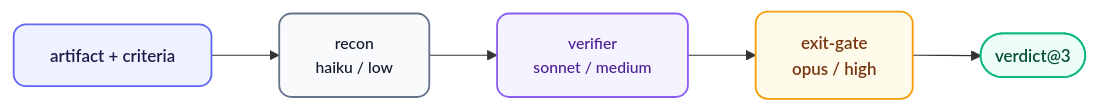
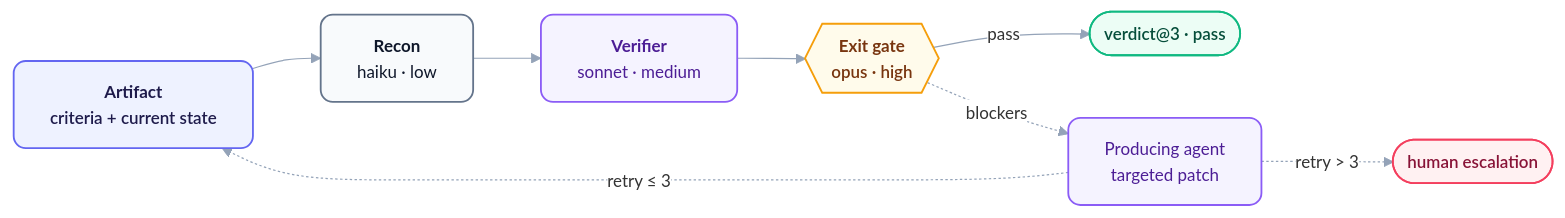
The diagram in plugins/sentinel/README.md (orin-dx/agent-plugins), drawn with Mermaid before and after one commit. The commit also changed 12 other files, not shown here.

Commit message:
docs: refresh Mermaid diagrams and visual standard

````diff
--- a/plugins/sentinel/README.md
+++ b/plugins/sentinel/README.md
@@ -50,23 +50,26 @@
 ```mermaid
-%%{init: {'flowchart': {'curve': 'basis', 'nodeSpacing': 36, 'rankSpacing': 56}}}%%
+%%{init: {'theme': 'base', 'flowchart': {'curve': 'basis', 'nodeSpacing': 40, 'rankSpacing': 56}, 'themeVariables': {'fontFamily': 'Inter, ui-sans-serif, system-ui, sans-serif', 'fontSize': '14px', 'lineColor': '#94a3b8', 'edgeLabelBackground': '#ffffff'}}}%%
 flowchart LR
-    classDef source fill:#eef2ff,stroke:#6366f1,stroke-width:1.5px,color:#1e1b4b,rx:10,ry:10,font-size:14px,font-weight:600;
-    classDef store fill:#f8fafc,stroke:#64748b,stroke-width:1.5px,color:#0f172a,rx:10,ry:10,font-size:13px,font-weight:500;
-    classDef engine fill:#f5f3ff,stroke:#8b5cf6,stroke-width:1.5px,color:#4c1d95,rx:10,ry:10,font-size:13px,font-weight:500;
-    classDef router fill:#fffbeb,stroke:#f59e0b,stroke-width:1.5px,color:#78350f,rx:10,ry:10,font-size:14px,font-weight:600;
-    classDef output fill:#ecfdf5,stroke:#10b981,stroke-width:1.5px,color:#064e3b,rx:10,ry:10,font-size:14px,font-weight:600;
+    classDef source fill:#eef2ff,stroke:#6366f1,stroke-width:1.5px,color:#1e1b4b,rx:10px,ry:10px,font-weight:600;
+    classDef store fill:#f8fafc,stroke:#64748b,stroke-width:1.5px,color:#0f172a,rx:10px,ry:10px;
+    classDef engine fill:#f5f3ff,stroke:#8b5cf6,stroke-width:1.5px,color:#4c1d95,rx:10px,ry:10px;
+    classDef router fill:#fffbeb,stroke:#f59e0b,stroke-width:1.5px,color:#78350f,rx:10px,ry:10px,font-weight:600;
+    classDef output fill:#ecfdf5,stroke:#10b981,stroke-width:1.5px,color:#064e3b,rx:10px,ry:10px,font-weight:600;
+    classDef alert fill:#fff1f2,stroke:#f43f5e,stroke-width:1.5px,color:#881337,rx:10px,ry:10px,font-weight:600;
 
-    Art[artifact + criteria] --> Recon["recon
-    haiku / low"]
-    Recon --> Ver["verifier
-    sonnet / medium"]
-    Ver --> Gate["exit-gate
-    opus / high"]
-    Gate --> Done(["verdict@3"])
+    Art["<b>Artifact</b><br/>criteria + current state"] --> Recon["<b>Recon</b><br/>haiku · low"]
+    Recon --> Ver["<b>Verifier</b><br/>sonnet · medium"]
+    Ver --> Gate{{"<b>Exit gate</b><br/>opus · high"}}
+    Gate -->|"pass"| Done(["verdict@3 · pass"])
+    Gate -.->|"blockers"| Fix["Producing agent<br/>targeted patch"]
+    Fix -.->|"retry ≤ 3"| Art
+    Fix -.->|"retry > 3"| Esc(["human escalation"])
 
     class Art source
     class Recon store
     class Ver engine
     class Gate router
     class Done output
+    class Fix engine
+    class Esc alert
 ```
````
